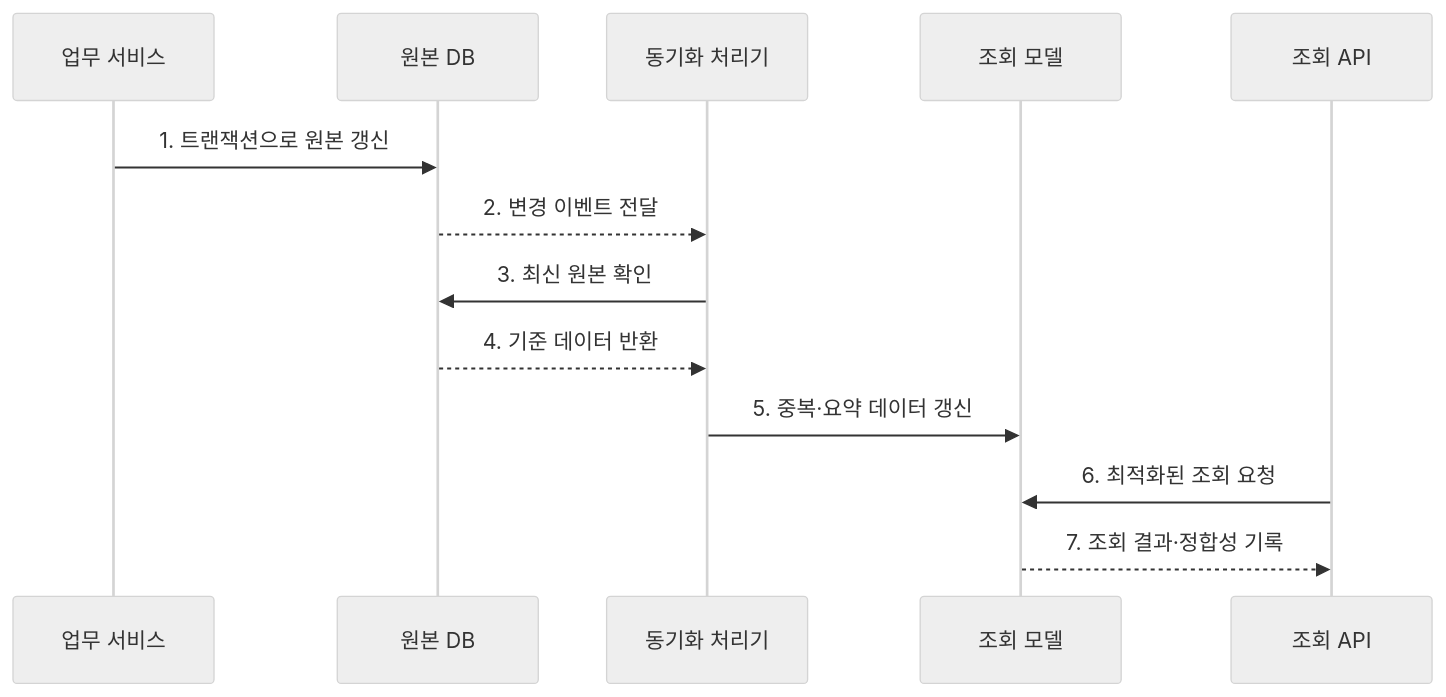
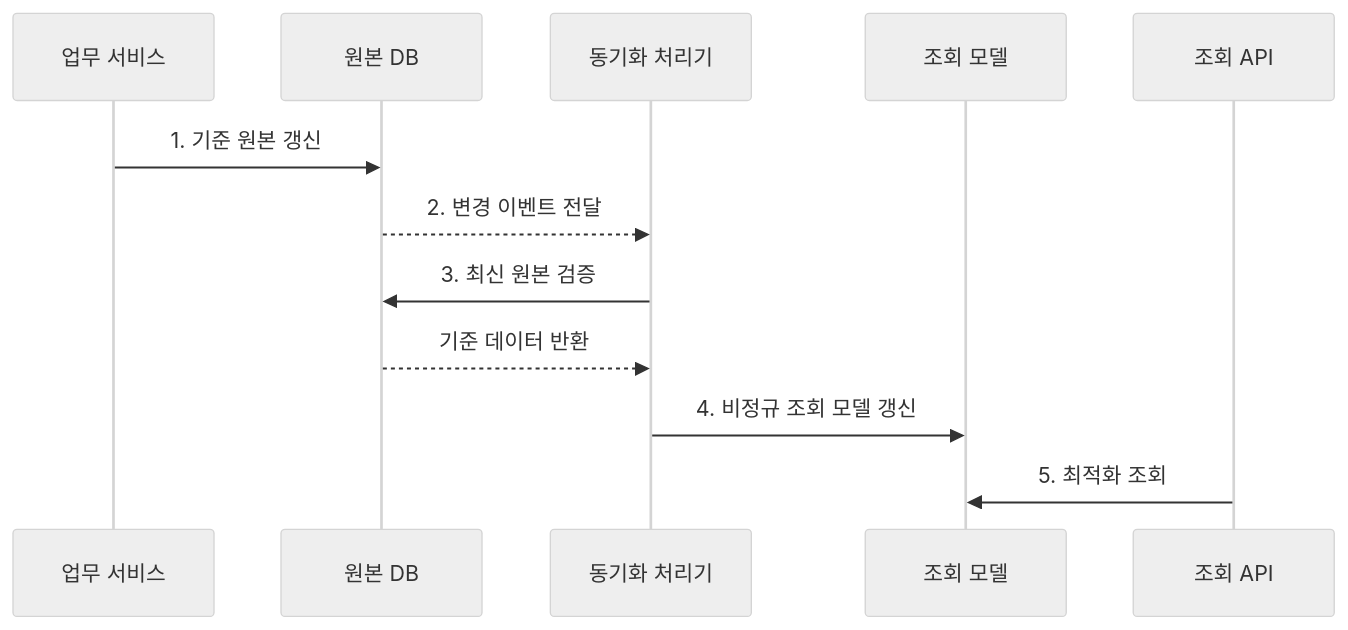
The second of 2 diagrams in src/content/docs/notes/03-software/090_denormalization.md (agnusdei1207/knowledge-base), drawn with Mermaid (neutral theme) before and after one commit. The commit also changed other lines of this file and 238 other files, not shown here.

````diff
--- a/src/content/docs/notes/03-software/090_denormalization.md
+++ b/src/content/docs/notes/03-software/090_denormalization.md
@@ -77,15 +77,14 @@
 ```mermaid
 sequenceDiagram
     participant APP as 업무 서비스
     participant DB as 원본 DB
     participant SYNC as 동기화 처리기
     participant READ as 조회 모델
     participant API as 조회 API
-    APP->>DB: 1. 트랜잭션으로 원본 갱신
+    APP->>DB: 1. 기준 원본 갱신
     DB-->>SYNC: 2. 변경 이벤트 전달
-    SYNC->>DB: 3. 최신 원본 확인
-    DB-->>SYNC: 4. 기준 데이터 반환
-    SYNC->>READ: 5. 중복·요약 데이터 갱신
-    API->>READ: 6. 최적화된 조회 요청
-    READ-->>API: 7. 조회 결과·정합성 기록
+    SYNC->>DB: 3. 최신 원본 검증
+    DB-->>SYNC: 기준 데이터 반환
+    SYNC->>READ: 4. 비정규 조회 모델 갱신
+    API->>READ: 5. 최적화 조회
 ```
````
